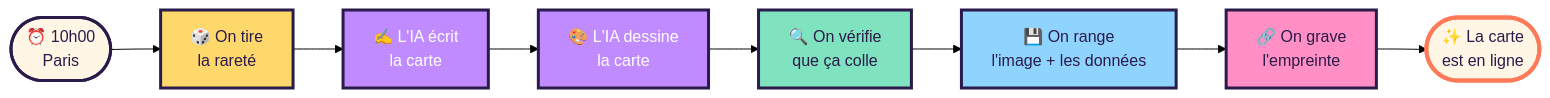
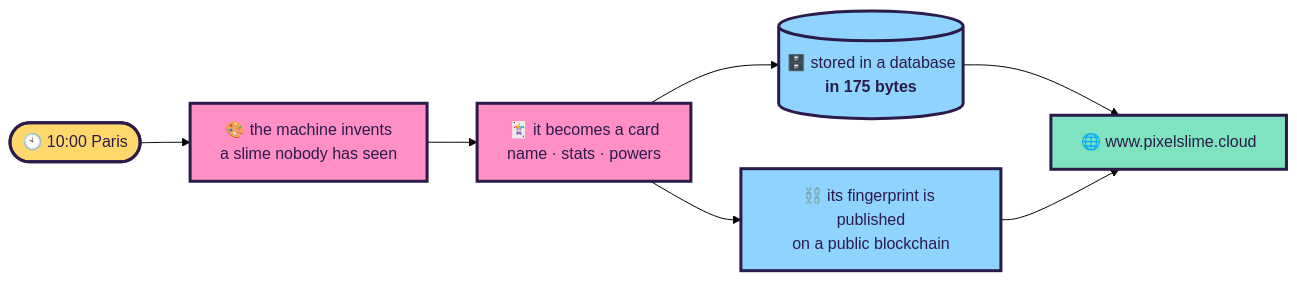
Before and after one commit to fredgis/pixelslime: the first of 4 diagrams in docs/EASYLEARN.md, drawn with Mermaid (forest theme). The commit also changed other lines of this file and 10 other files, not shown here.

````diff
--- a/docs/EASYLEARN.md
+++ b/docs/EASYLEARN.md
@@ -34,26 +20,18 @@
 ```mermaid
 flowchart LR
-    A(["⏰ 10h00<br/>Paris"]) --> B["🎲 On tire<br/>la rareté"]
-    B --> C["✍️ L'IA écrit<br/>la carte"]
-    C --> D["🎨 L'IA dessine<br/>la carte"]
-    D --> E["🔍 On vérifie<br/>que ça colle"]
-    E --> F["💾 On range<br/>l'image + les données"]
-    F --> G["🔗 On grave<br/>l'empreinte"]
-    G --> H(["✨ La carte<br/>est en ligne"])
+    CLOCK(["🕙 10:00 Paris"]) --> AI["🎨 the machine invents<br/>a slime nobody has seen"]
+    AI --> CARD["🃏 it becomes a card<br/>name · stats · powers"]
+    CARD --> DB[("🗄️ stored in a database<br/><b>in 175 bytes</b>")]
+    CARD --> CHAIN["⛓️ its fingerprint is published<br/>on a public blockchain"]
+    DB --> WEB["🌐 www.pixelslime.cloud"]
+    CHAIN --> WEB
 
-    classDef t fill:#FFF6E5,stroke:#2B1B4A,stroke-width:3px,color:#2B1B4A
     classDef c fill:#FFD86B,stroke:#2B1B4A,stroke-width:3px,color:#2B1B4A
-    classDef a fill:#C08BFF,stroke:#2B1B4A,stroke-width:3px,color:#FFFFFF
-    classDef v fill:#7FE3C0,stroke:#2B1B4A,stroke-width:3px,color:#2B1B4A
-    classDef s fill:#8FD3FF,stroke:#2B1B4A,stroke-width:3px,color:#2B1B4A
-    classDef k fill:#FF8FC5,stroke:#2B1B4A,stroke-width:3px,color:#2B1B4A
-    classDef o fill:#FFF6E5,stroke:#FF7A59,stroke-width:4px,color:#2B1B4A
-
-    class A t
-    class B c
-    class C,D a
-    class E v
-    class F s
-    class G k
-    class H o
+    classDef a fill:#FF8FC5,stroke:#2B1B4A,stroke-width:3px,color:#2B1B4A
+    classDef d fill:#8FD3FF,stroke:#2B1B4A,stroke-width:3px,color:#2B1B4A
+    classDef w fill:#7FE3C0,stroke:#2B1B4A,stroke-width:3px,color:#2B1B4A
+    class CLOCK c
+    class AI,CARD a
+    class DB,CHAIN d
+    class WEB w
 ```
````
